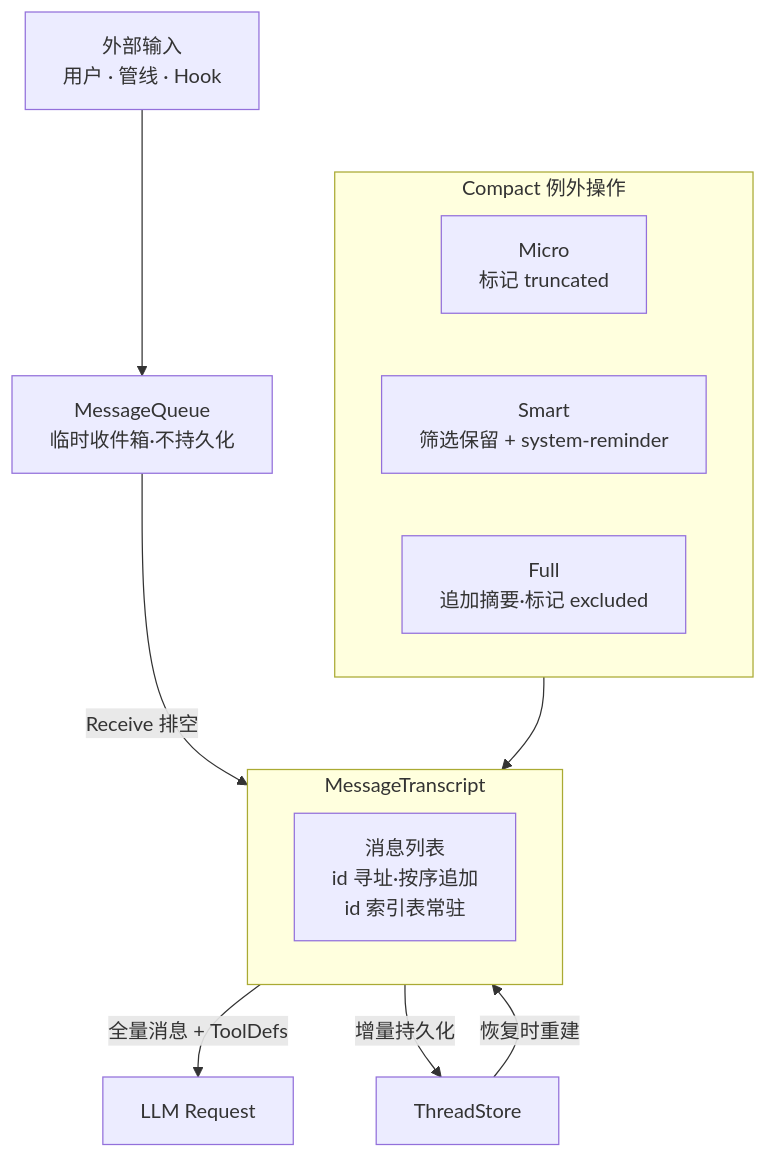
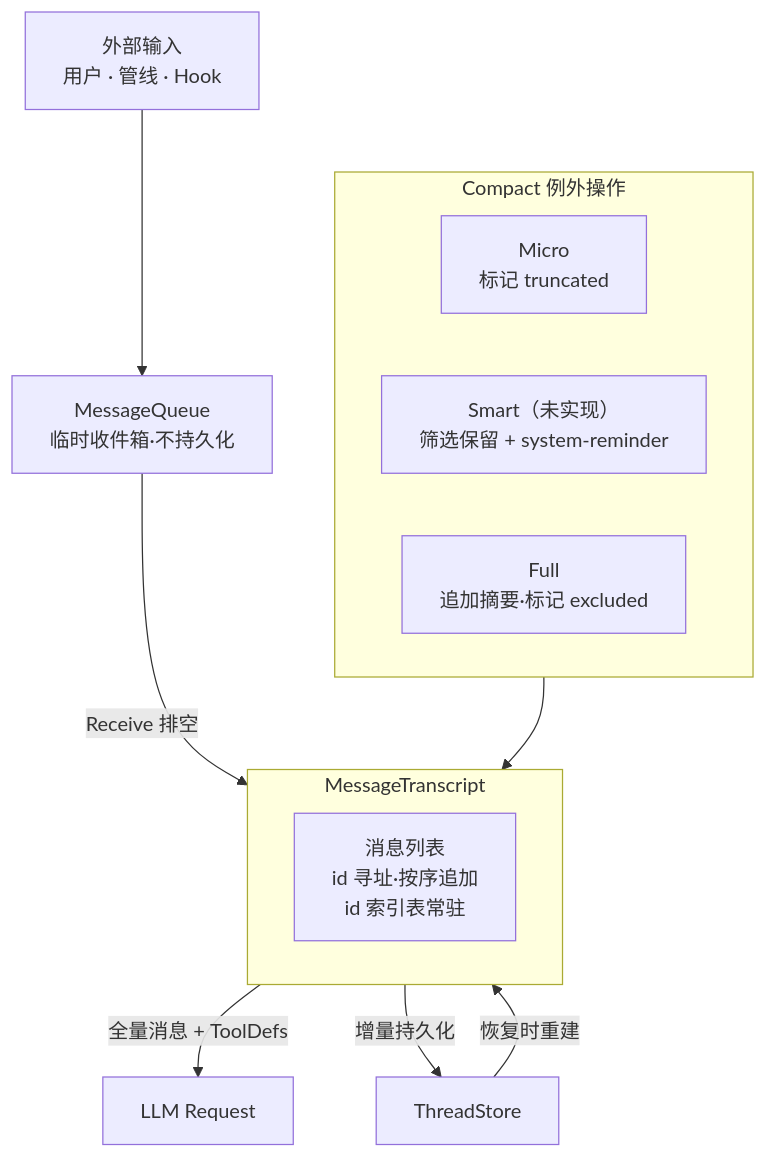
One commit to KonghaYao/peri changed the diagram in docs/design/peri-agent-message-store-v2.md. Above: the diagram before and after it, drawn with Mermaid. The commit also changed other lines of this file and 22 other files, not shown here.

````diff
--- a/docs/design/peri-agent-message-store-v2.md
+++ b/docs/design/peri-agent-message-store-v2.md
@@ -18,24 +20,24 @@
 ```mermaid
 graph TB
     EXT["外部输入<br/>用户 · 管线 · Hook"]
     EXT --> MQ
 
     MQ["MessageQueue<br/>临时收件箱·不持久化"] -->|"Receive 排空"| TRANSCRIPT
 
     subgraph TRANSCRIPT["MessageTranscript"]
         MSGS["消息列表<br/>id 寻址·按序追加<br/>id 索引表常驻"]
     end
 
     TRANSCRIPT -->|"全量消息 + ToolDefs"| LLM["LLM Request"]
     TRANSCRIPT -->|"增量持久化"| PERSIST["ThreadStore"]
 
     subgraph COMPACT["Compact 例外操作"]
         MICRO["Micro<br/>标记 truncated"]
-        SMART["Smart<br/>筛选保留 + system-reminder"]
+        SMART["Smart（未实现）<br/>筛选保留 + system-reminder"]
         FULL["Full<br/>追加摘要·标记 excluded"]
     end
 
     COMPACT --> TRANSCRIPT
 
     PERSIST -->|"恢复时重建"| TRANSCRIPT
 ```
````
